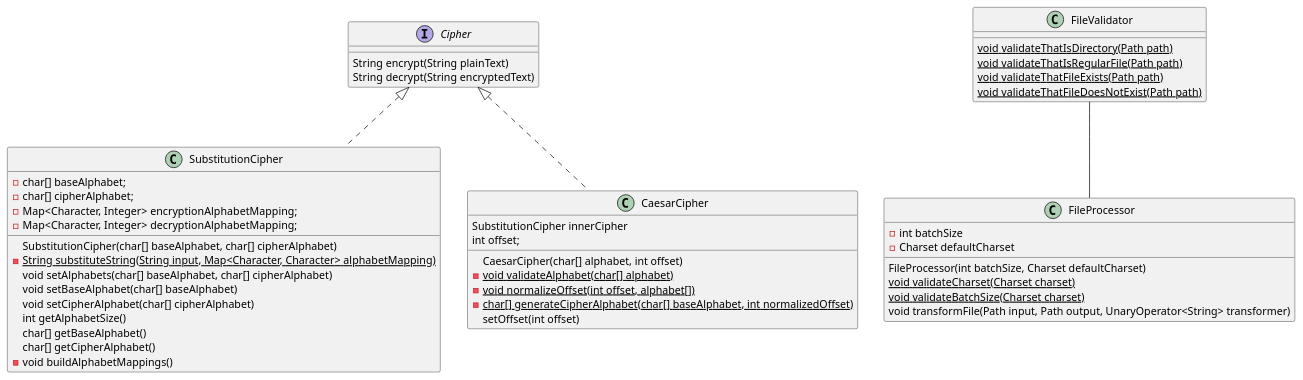
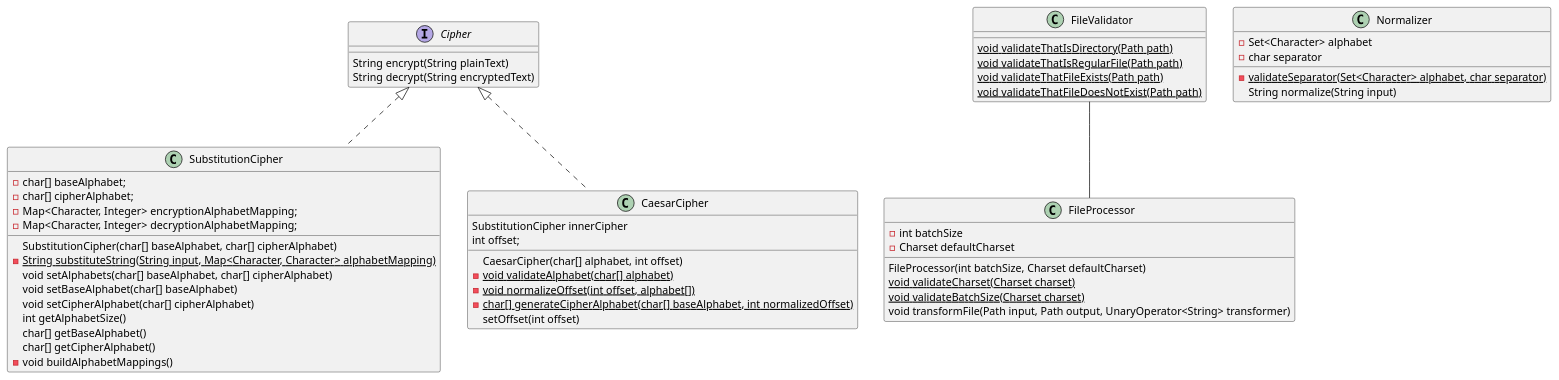
The diagram in docs/class-diagram.puml (jlarteaga/cgu-cryptography-project), drawn with PlantUML before and after one commit. The commit also changed 4 other files, not shown here.

```diff
--- a/docs/class-diagram.puml
+++ b/docs/class-diagram.puml
@@ -1,57 +1,65 @@
 @startuml
 
 interface Cipher {
     String encrypt(String plainText)
     String decrypt(String encryptedText)
 }
 
 class SubstitutionCipher implements Cipher {
     - char[] baseAlphabet;
     - char[] cipherAlphabet;
     - Map<Character, Integer> encryptionAlphabetMapping;
     - Map<Character, Integer> decryptionAlphabetMapping;
 
     SubstitutionCipher(char[] baseAlphabet, char[] cipherAlphabet)
     - {static} String substituteString(String input, Map<Character, Character> alphabetMapping)
     void setAlphabets(char[] baseAlphabet, char[] cipherAlphabet)
     void setBaseAlphabet(char[] baseAlphabet)
     void setCipherAlphabet(char[] cipherAlphabet)
     int getAlphabetSize()
     char[] getBaseAlphabet()
     char[] getCipherAlphabet()
     - void buildAlphabetMappings()
 }
 
 class CaesarCipher implements Cipher {
     SubstitutionCipher innerCipher
     int offset;
 
     CaesarCipher(char[] alphabet, int offset)
     - {static} void validateAlphabet(char[] alphabet)
     - {static} void normalizeOffset(int offset, alphabet[])
     - {static} char[] generateCipherAlphabet(char[] baseAlphabet, int normalizedOffset)
     setOffset(int offset)
 
 }
 
 class FileValidator {
     {static} void validateThatIsDirectory(Path path)
     {static} void validateThatIsRegularFile(Path path)
     {static} void validateThatFileExists(Path path)
     {static} void validateThatFileDoesNotExist(Path path)
 }
 
 class FileProcessor {
     - int batchSize
     - Charset defaultCharset
 
     FileProcessor(int batchSize, Charset defaultCharset)
     {static} void validateCharset(Charset charset)
     {static} void validateBatchSize(Charset charset)
     void transformFile(Path input, Path output, UnaryOperator<String> transformer)
 
 }
 
+class Normalizer {
+    - Set<Character> alphabet
+    - char separator
+
+    - {static} validateSeparator(Set<Character> alphabet, char separator)
+    String normalize(String input)
+}
+
 FileValidator -- FileProcessor
 
 @enduml
```
